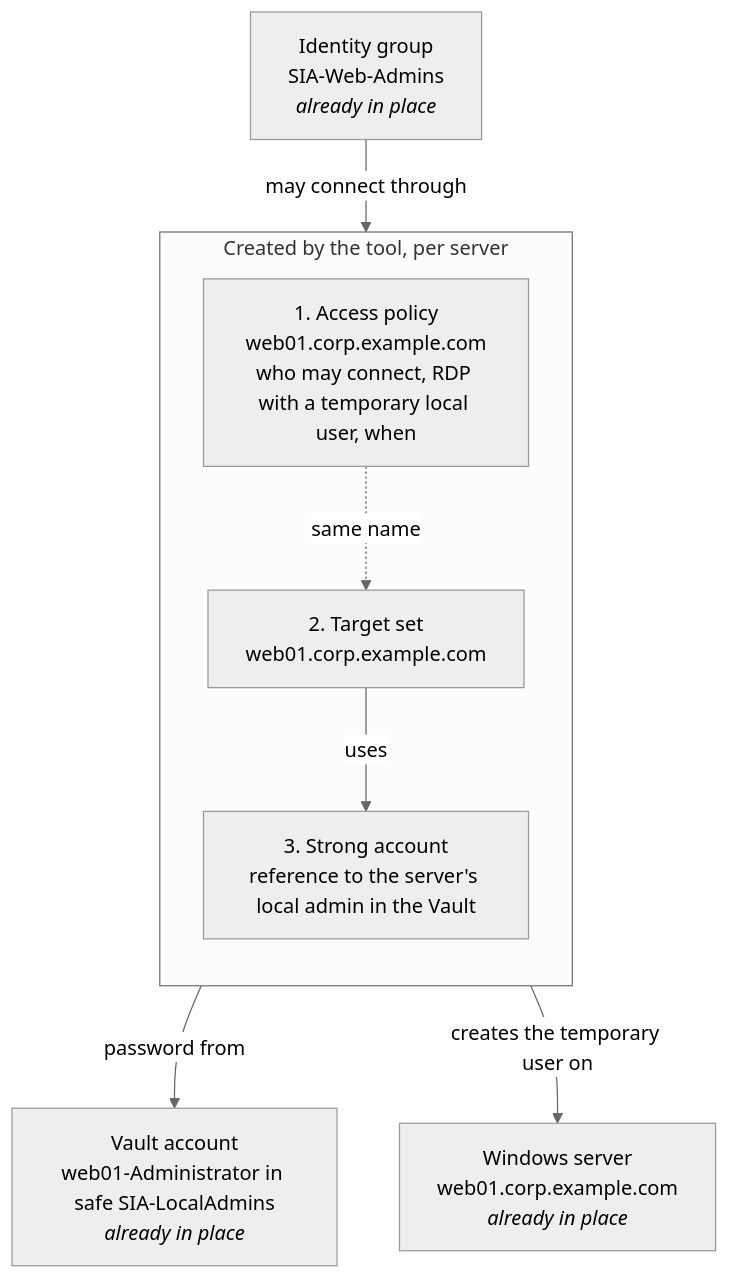
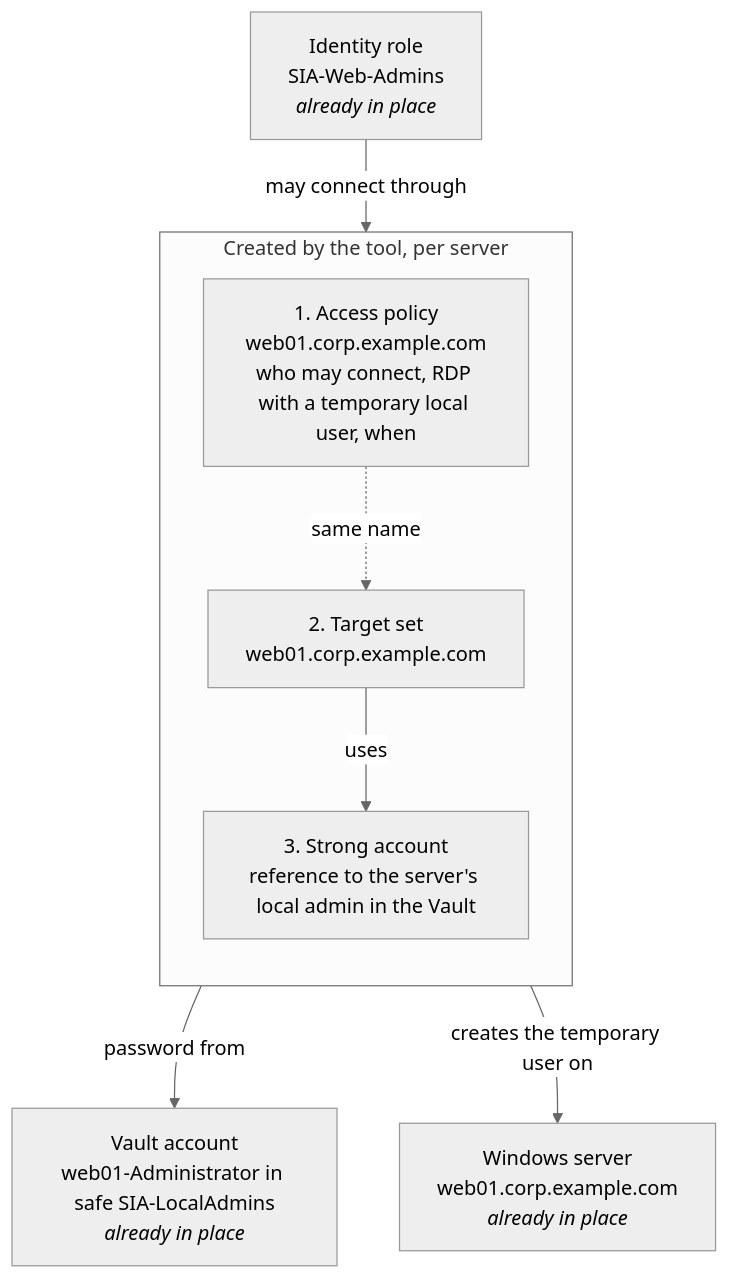
One commit to umair-wwt/sia-policy changed the diagram in README.md. Above: the diagram before and after it, drawn with Mermaid (neutral theme). The commit also changed other lines of this file and 43 other files, not shown here.

````diff
--- a/README.md
+++ b/README.md
@@ -31,17 +31,17 @@
 ```mermaid
 flowchart TB
-    G["Identity group<br/>SIA-Web-Admins<br/><i>already in place</i>"]
+    G["Identity role<br/>SIA-Web-Admins<br/><i>already in place</i>"]
     subgraph tool["Created by the tool, per server"]
         direction TB
         P["1. Access policy<br/>web01.corp.example.com<br/>who may connect, RDP with a temporary local user, when"]
         T["2. Target set<br/>web01.corp.example.com"]
         A["3. Strong account<br/>reference to the server's local admin in the Vault"]
     end
     V["Vault account<br/>web01-Administrator in safe SIA-LocalAdmins<br/><i>already in place</i>"]
     S["Windows server<br/>web01.corp.example.com<br/><i>already in place</i>"]
     G -- "may connect through" --> P
     P -. "same name" .-> T
     T -- "uses" --> A
     A -- "password from" --> V
     A -- "creates the temporary user on" --> S
 ```
````
